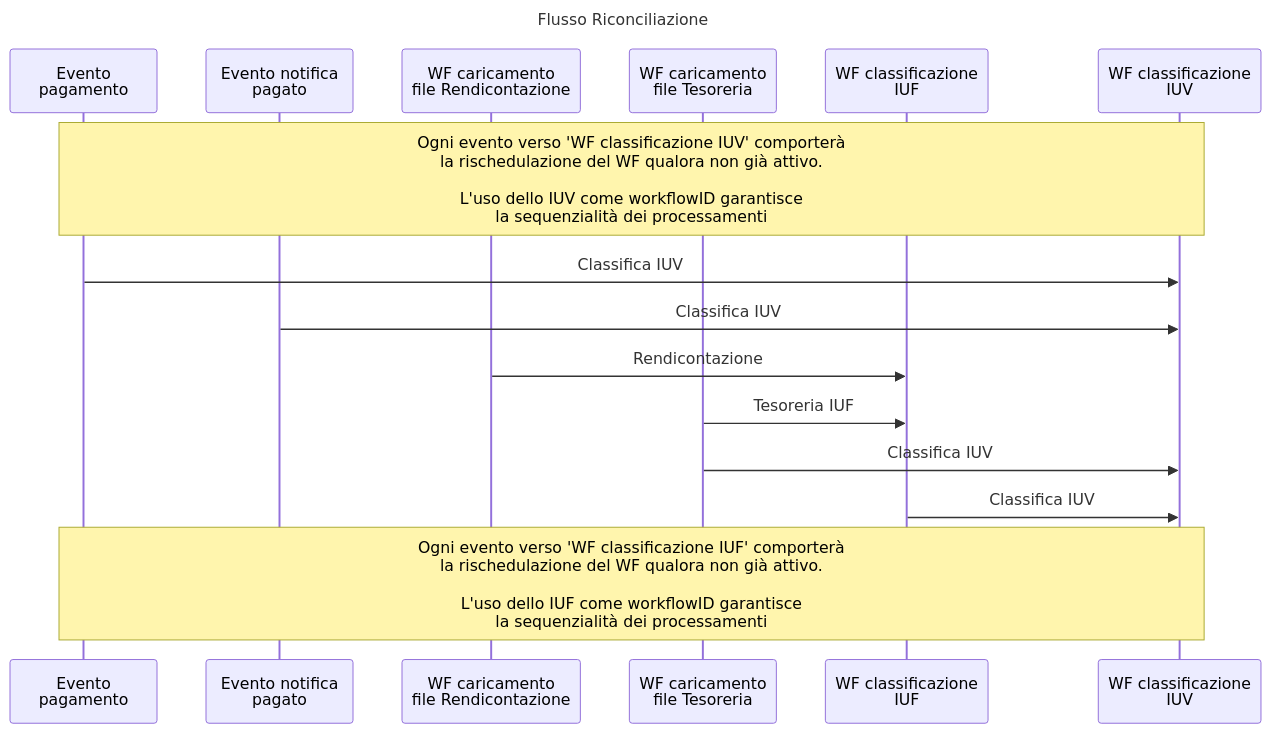
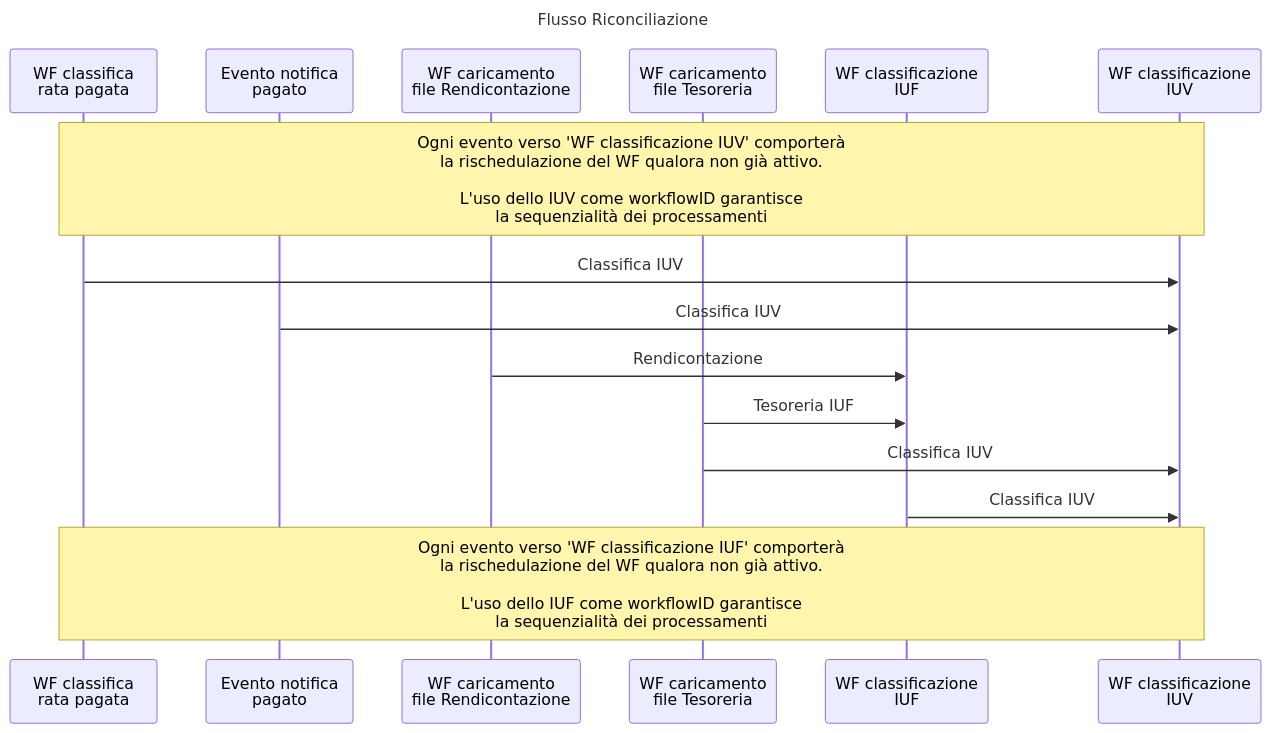
Before and after one commit to pagopa/p4pa-doc: the diagram in design/workflow/classificazioneIncassi/seq_classificazione.mmd, drawn with Mermaid. The commit also changed 18 other files, not shown here.

```diff
--- a/design/workflow/classificazioneIncassi/seq_classificazione.mmd
+++ b/design/workflow/classificazioneIncassi/seq_classificazione.mmd
@@ -1,21 +1,21 @@
 ---
 title: Flusso Riconciliazione
 ---
 sequenceDiagram
-    participant EV_RT as Evento<BR />pagamento
+    participant WF_RT as WF classifica<BR />rata pagata
     participant EV_RT_N as Evento notifica<BR />pagato
     participant WF_R as WF caricamento<BR />file Rendicontazione
     participant WF_T as WF caricamento<BR />file Tesoreria
     participant WF_CLS_IUF as WF classificazione<BR />IUF
     participant WF_CLS_IUV as WF classificazione<BR />IUV
 
-    note over EV_RT,WF_CLS_IUV: Ogni evento verso 'WF classificazione IUV' comporterà<BR />la rischedulazione del WF qualora non già attivo.<BR/><BR/>L'uso dello IUV come workflowID garantisce<BR />la sequenzialità dei processamenti
+    note over WF_RT,WF_CLS_IUV: Ogni evento verso 'WF classificazione IUV' comporterà<BR />la rischedulazione del WF qualora non già attivo.<BR/><BR/>L'uso dello IUV come workflowID garantisce<BR />la sequenzialità dei processamenti
 
-    EV_RT ->> WF_CLS_IUV: Classifica IUV
+    WF_RT ->> WF_CLS_IUV: Classifica IUV
     EV_RT_N ->> WF_CLS_IUV: Classifica IUV
     WF_R ->> WF_CLS_IUF: Rendicontazione
     WF_T ->> WF_CLS_IUF: Tesoreria IUF
     WF_T ->> WF_CLS_IUV: Classifica IUV
     WF_CLS_IUF ->> WF_CLS_IUV: Classifica IUV
 
-    note over EV_RT,WF_CLS_IUV: Ogni evento verso 'WF classificazione IUF' comporterà<BR />la rischedulazione del WF qualora non già attivo.<BR/><BR/>L'uso dello IUF come workflowID garantisce<BR />la sequenzialità dei processamenti
+    note over WF_RT,WF_CLS_IUV: Ogni evento verso 'WF classificazione IUF' comporterà<BR />la rischedulazione del WF qualora non già attivo.<BR/><BR/>L'uso dello IUF come workflowID garantisce<BR />la sequenzialità dei processamenti
```
